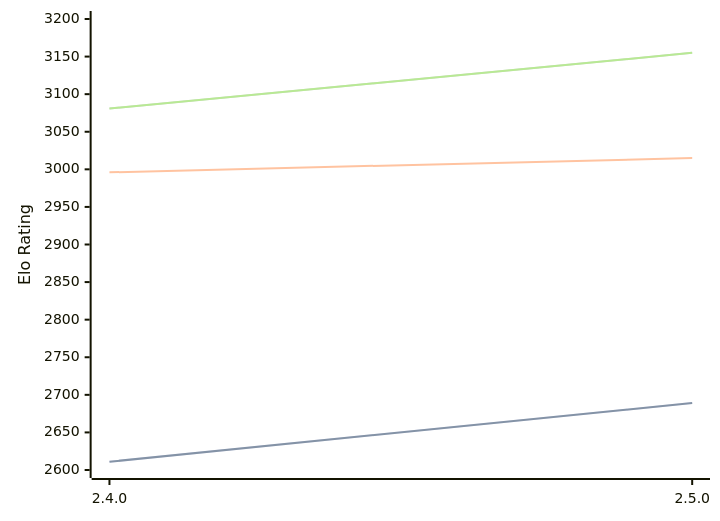
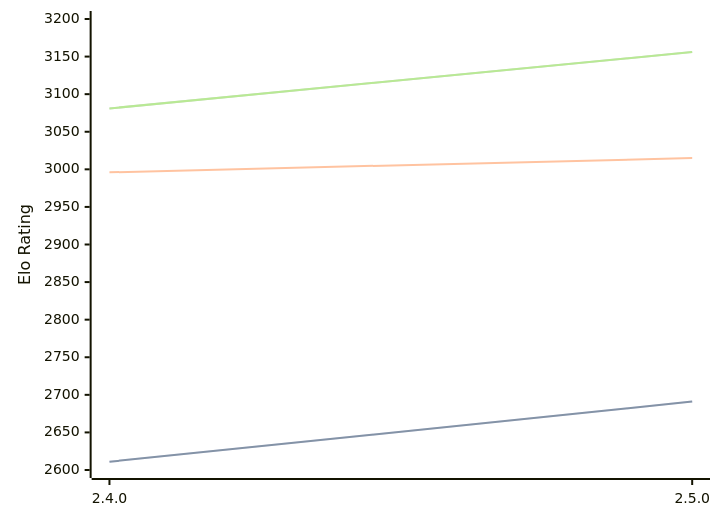
The diagram in engines/Sturddle2.md (computer-chess-index/cci), drawn with Mermaid before and after one commit. The commit also changed other lines of this file, not shown here.

Commit message:
Update CCI Ratings (ELO VLTC) - 2026-07-26

````diff
--- a/engines/Sturddle2.md
+++ b/engines/Sturddle2.md
@@ -37,11 +37,11 @@
 ```mermaid
 %%{init: {"theme":"base","themeVariables":{"seriesColors:['#a3a3a3','#222221','#faa371']}}}%%
 xychart-beta
   x-axis ["2.4.0", "2.5.0"]
   y-axis "Elo Rating" 2600 --> 3200
-  line "STC (8.0+0.08s)" [2611, 2689]
-  line "STC (8.0+0.08s)" [2611, 2689]
+  line "STC (8.0+0.08s)" [2611, 2691]
+  line "STC (8.0+0.08s)" [2611, 2691]
   line "LTC (60.0+0.60s)" [2996, 3015]
-  line "VLTC (2m24s+1.12s)" [3081, 3155]
-  line "VLTC (2m24s+1.12s)" [3081, 3155]
+  line "VLTC (2m24s+1.12s)" [3081, 3156]
+  line "VLTC (2m24s+1.12s)" [3081, 3156]
 ```
````
